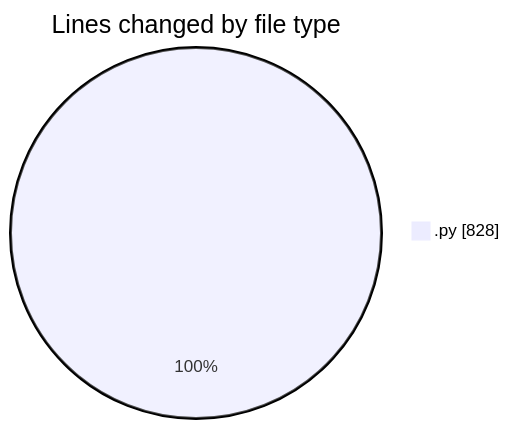
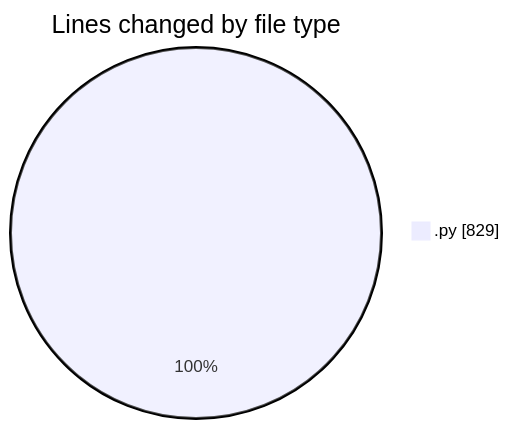
The first of 2 diagrams in 2025-01-12/myws__workspace_/README.md (MatusMokan/code-tracking), drawn with Mermaid before and after one commit. The commit also changed other lines of this file and 1 other file, not shown here.

````diff
--- a/2025-01-12/myws__workspace_/README.md
+++ b/2025-01-12/myws__workspace_/README.md
@@ -22,5 +22,5 @@
 ```mermaid
 pie showData
 title Lines changed by file type
-".py" : 828
+".py" : 829
 ```
````
